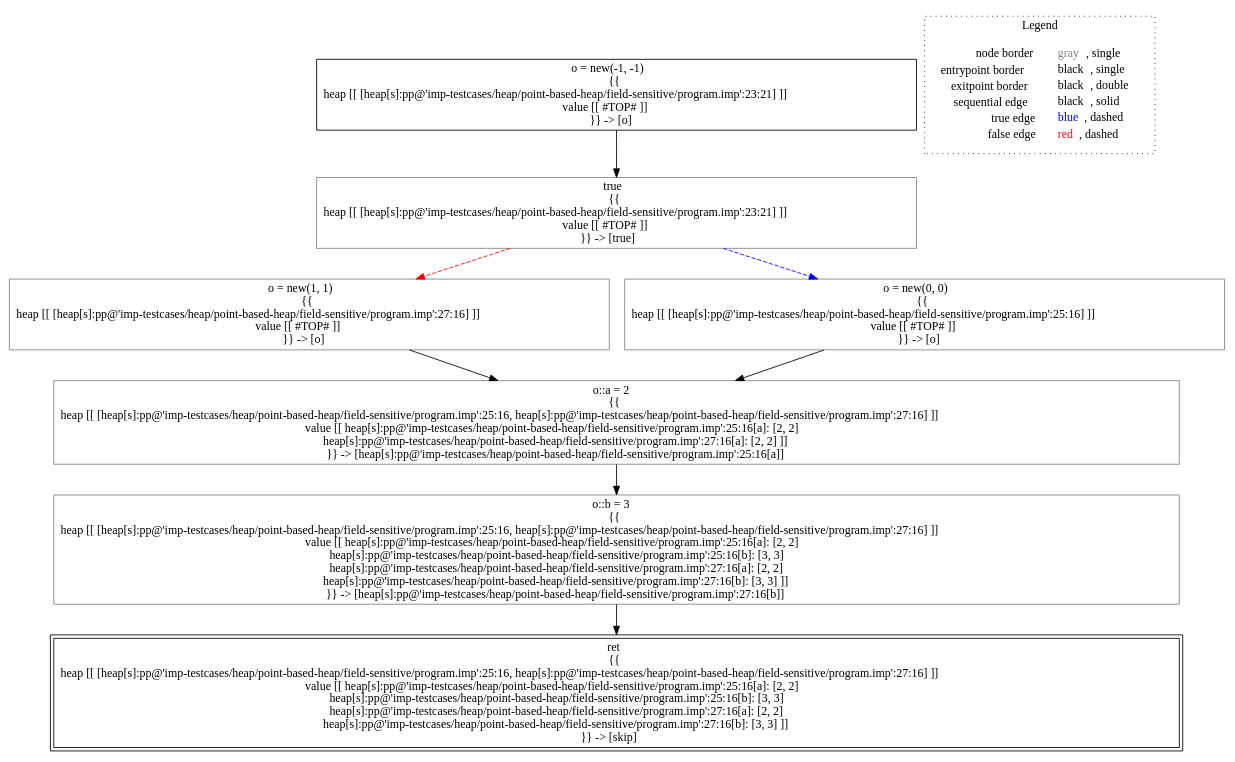
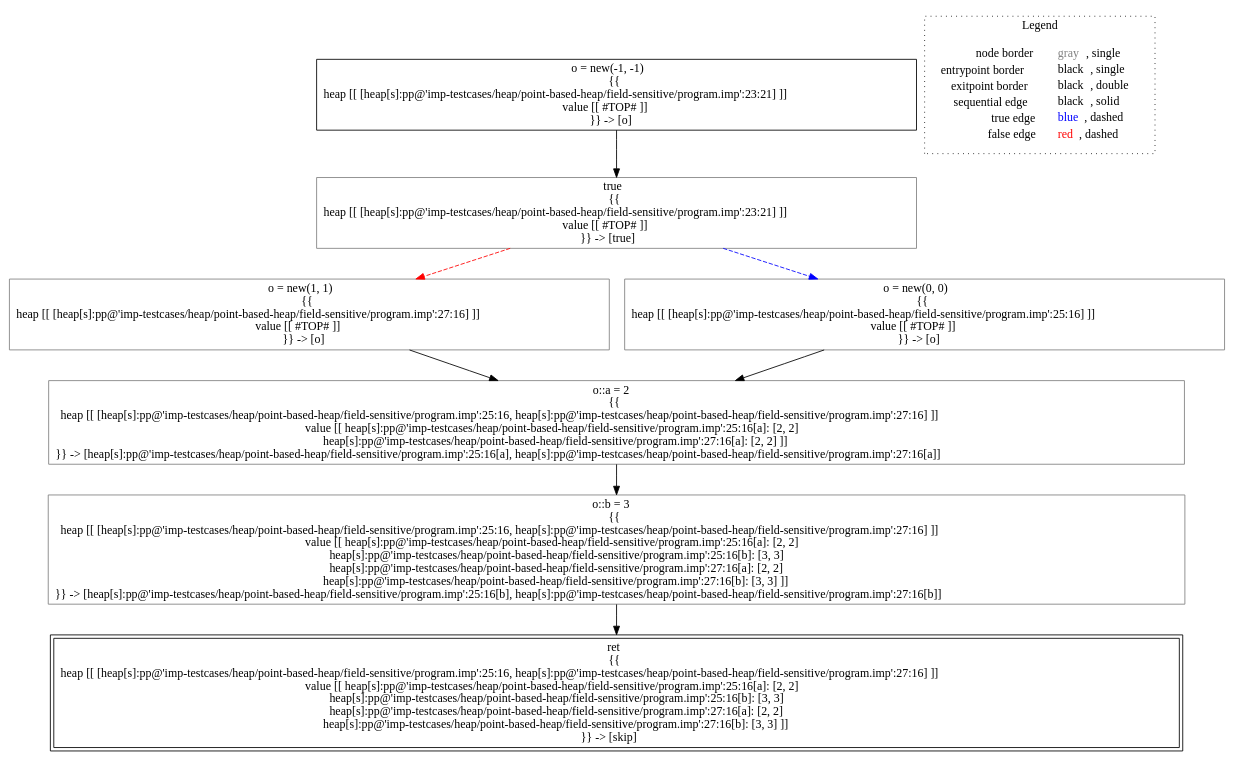
The diagram in lisa/imp-testcases/heap/point-based-heap/field-sensitive/analysis___untyped_A.f3(A_this).dot (lisa-analyzer/lisa), drawn with Graphviz before and after one commit. The commit also changed 3 other files, not shown here.

```diff
--- a/lisa/imp-testcases/heap/point-based-heap/field-sensitive/analysis___untyped_A.f3(A_this).dot
+++ b/lisa/imp-testcases/heap/point-based-heap/field-sensitive/analysis___untyped_A.f3(A_this).dot
@@ -1,23 +1,23 @@
 digraph {
 	"node0" [shape="rect",color="black",label=<o = new(-1, -1)<BR/>{{<BR/>heap [[ [heap[s]:pp@'imp-testcases/heap/point-based-heap/field-sensitive/program.imp':23:21] ]]<BR/>value [[ #TOP# ]]<BR/>}} -&gt; [o]>];
-	"node1" [shape="rect",color="gray",label=<o::a = 2<BR/>{{<BR/>heap [[ [heap[s]:pp@'imp-testcases/heap/point-based-heap/field-sensitive/program.imp':25:16, heap[s]:pp@'imp-testcases/heap/point-based-heap/field-sensitive/program.imp':27:16] ]]<BR/>value [[ heap[s]:pp@'imp-testcases/heap/point-based-heap/field-sensitive/program.imp':25:16[a]: [2, 2]<BR/>heap[s]:pp@'imp-testcases/heap/point-based-heap/field-sensitive/program.imp':27:16[a]: [2, 2] ]]<BR/>}} -&gt; [heap[s]:pp@'imp-testcases/heap/point-based-heap/field-sensitive/program.imp':25:16[a]]>];
-	"node2" [shape="rect",color="gray",label=<o = new(1, 1)<BR/>{{<BR/>heap [[ [heap[s]:pp@'imp-testcases/heap/point-based-heap/field-sensitive/program.imp':27:16] ]]<BR/>value [[ #TOP# ]]<BR/>}} -&gt; [o]>];
-	"node3" [shape="rect",color="gray",label=<o::b = 3<BR/>{{<BR/>heap [[ [heap[s]:pp@'imp-testcases/heap/point-based-heap/field-sensitive/program.imp':25:16, heap[s]:pp@'imp-testcases/heap/point-based-heap/field-sensitive/program.imp':27:16] ]]<BR/>value [[ heap[s]:pp@'imp-testcases/heap/point-based-heap/field-sensitive/program.imp':25:16[a]: [2, 2]<BR/>heap[s]:pp@'imp-testcases/heap/point-based-heap/field-sensitive/program.imp':25:16[b]: [3, 3]<BR/>heap[s]:pp@'imp-testcases/heap/point-based-heap/field-sensitive/program.imp':27:16[a]: [2, 2]<BR/>heap[s]:pp@'imp-testcases/heap/point-based-heap/field-sensitive/program.imp':27:16[b]: [3, 3] ]]<BR/>}} -&gt; [heap[s]:pp@'imp-testcases/heap/point-based-heap/field-sensitive/program.imp':27:16[b]]>];
-	"node4" [shape="rect",color="gray",label=<true<BR/>{{<BR/>heap [[ [heap[s]:pp@'imp-testcases/heap/point-based-heap/field-sensitive/program.imp':23:21] ]]<BR/>value [[ #TOP# ]]<BR/>}} -&gt; [true]>];
+	"node1" [shape="rect",color="gray",label=<true<BR/>{{<BR/>heap [[ [heap[s]:pp@'imp-testcases/heap/point-based-heap/field-sensitive/program.imp':23:21] ]]<BR/>value [[ #TOP# ]]<BR/>}} -&gt; [true]>];
+	"node2" [shape="rect",color="gray",label=<o::b = 3<BR/>{{<BR/>heap [[ [heap[s]:pp@'imp-testcases/heap/point-based-heap/field-sensitive/program.imp':25:16, heap[s]:pp@'imp-testcases/heap/point-based-heap/field-sensitive/program.imp':27:16] ]]<BR/>value [[ heap[s]:pp@'imp-testcases/heap/point-based-heap/field-sensitive/program.imp':25:16[a]: [2, 2]<BR/>heap[s]:pp@'imp-testcases/heap/point-based-heap/field-sensitive/program.imp':25:16[b]: [3, 3]<BR/>heap[s]:pp@'imp-testcases/heap/point-based-heap/field-sensitive/program.imp':27:16[a]: [2, 2]<BR/>heap[s]:pp@'imp-testcases/heap/point-based-heap/field-sensitive/program.imp':27:16[b]: [3, 3] ]]<BR/>}} -&gt; [heap[s]:pp@'imp-testcases/heap/point-based-heap/field-sensitive/program.imp':25:16[b], heap[s]:pp@'imp-testcases/heap/point-based-heap/field-sensitive/program.imp':27:16[b]]>];
+	"node3" [shape="rect",color="gray",label=<o = new(1, 1)<BR/>{{<BR/>heap [[ [heap[s]:pp@'imp-testcases/heap/point-based-heap/field-sensitive/program.imp':27:16] ]]<BR/>value [[ #TOP# ]]<BR/>}} -&gt; [o]>];
+	"node4" [shape="rect",color="black",peripheries="2",label=<ret<BR/>{{<BR/>heap [[ [heap[s]:pp@'imp-testcases/heap/point-based-heap/field-sensitive/program.imp':25:16, heap[s]:pp@'imp-testcases/heap/point-based-heap/field-sensitive/program.imp':27:16] ]]<BR/>value [[ heap[s]:pp@'imp-testcases/heap/point-based-heap/field-sensitive/program.imp':25:16[a]: [2, 2]<BR/>heap[s]:pp@'imp-testcases/heap/point-based-heap/field-sensitive/program.imp':25:16[b]: [3, 3]<BR/>heap[s]:pp@'imp-testcases/heap/point-based-heap/field-sensitive/program.imp':27:16[a]: [2, 2]<BR/>heap[s]:pp@'imp-testcases/heap/point-based-heap/field-sensitive/program.imp':27:16[b]: [3, 3] ]]<BR/>}} -&gt; [skip]>];
 	"node5" [shape="rect",color="gray",label=<o = new(0, 0)<BR/>{{<BR/>heap [[ [heap[s]:pp@'imp-testcases/heap/point-based-heap/field-sensitive/program.imp':25:16] ]]<BR/>value [[ #TOP# ]]<BR/>}} -&gt; [o]>];
-	"node6" [shape="rect",color="black",peripheries="2",label=<ret<BR/>{{<BR/>heap [[ [heap[s]:pp@'imp-testcases/heap/point-based-heap/field-sensitive/program.imp':25:16, heap[s]:pp@'imp-testcases/heap/point-based-heap/field-sensitive/program.imp':27:16] ]]<BR/>value [[ heap[s]:pp@'imp-testcases/heap/point-based-heap/field-sensitive/program.imp':25:16[a]: [2, 2]<BR/>heap[s]:pp@'imp-testcases/heap/point-based-heap/field-sensitive/program.imp':25:16[b]: [3, 3]<BR/>heap[s]:pp@'imp-testcases/heap/point-based-heap/field-sensitive/program.imp':27:16[a]: [2, 2]<BR/>heap[s]:pp@'imp-testcases/heap/point-based-heap/field-sensitive/program.imp':27:16[b]: [3, 3] ]]<BR/>}} -&gt; [skip]>];
-	"node1" -> "node3" [color="black"];
-	"node2" -> "node1" [color="black"];
+	"node6" [shape="rect",color="gray",label=<o::a = 2<BR/>{{<BR/>heap [[ [heap[s]:pp@'imp-testcases/heap/point-based-heap/field-sensitive/program.imp':25:16, heap[s]:pp@'imp-testcases/heap/point-based-heap/field-sensitive/program.imp':27:16] ]]<BR/>value [[ heap[s]:pp@'imp-testcases/heap/point-based-heap/field-sensitive/program.imp':25:16[a]: [2, 2]<BR/>heap[s]:pp@'imp-testcases/heap/point-based-heap/field-sensitive/program.imp':27:16[a]: [2, 2] ]]<BR/>}} -&gt; [heap[s]:pp@'imp-testcases/heap/point-based-heap/field-sensitive/program.imp':25:16[a], heap[s]:pp@'imp-testcases/heap/point-based-heap/field-sensitive/program.imp':27:16[a]]>];
+	"node1" -> "node3" [color="red",style="dashed"];
+	"node1" -> "node5" [color="blue",style="dashed"];
+	"node2" -> "node4" [color="black"];
 	"node3" -> "node6" [color="black"];
-	"node0" -> "node4" [color="black"];
-	"node4" -> "node2" [color="red",style="dashed"];
-	"node4" -> "node5" [color="blue",style="dashed"];
-	"node5" -> "node1" [color="black"];
+	"node5" -> "node6" [color="black"];
+	"node0" -> "node1" [color="black"];
+	"node6" -> "node2" [color="black"];
 subgraph cluster_legend {
 	label="Legend";
 	style=dotted;
 	node [shape=plaintext];
 	"legend" [label=<<table border="0" cellpadding="2" cellspacing="0" cellborder="0"><tr><td align="right">node border&nbsp;</td><td align="left"><font color="gray">gray</font>, single</td></tr><tr><td align="right">entrypoint border&nbsp;</td><td align="left"><font color="black">black</font>, single</td></tr><tr><td align="right">exitpoint border&nbsp;</td><td align="left"><font color="black">black</font>, double</td></tr><tr><td align="right">sequential edge&nbsp;</td><td align="left"><font color="black">black</font>, solid</td></tr><tr><td align="right">true edge&nbsp;</td><td align="left"><font color="blue">blue</font>, dashed</td></tr><tr><td align="right">false edge&nbsp;</td><td align="left"><font color="red">red</font>, dashed</td></tr></table>>];
 }
 
 }
```
